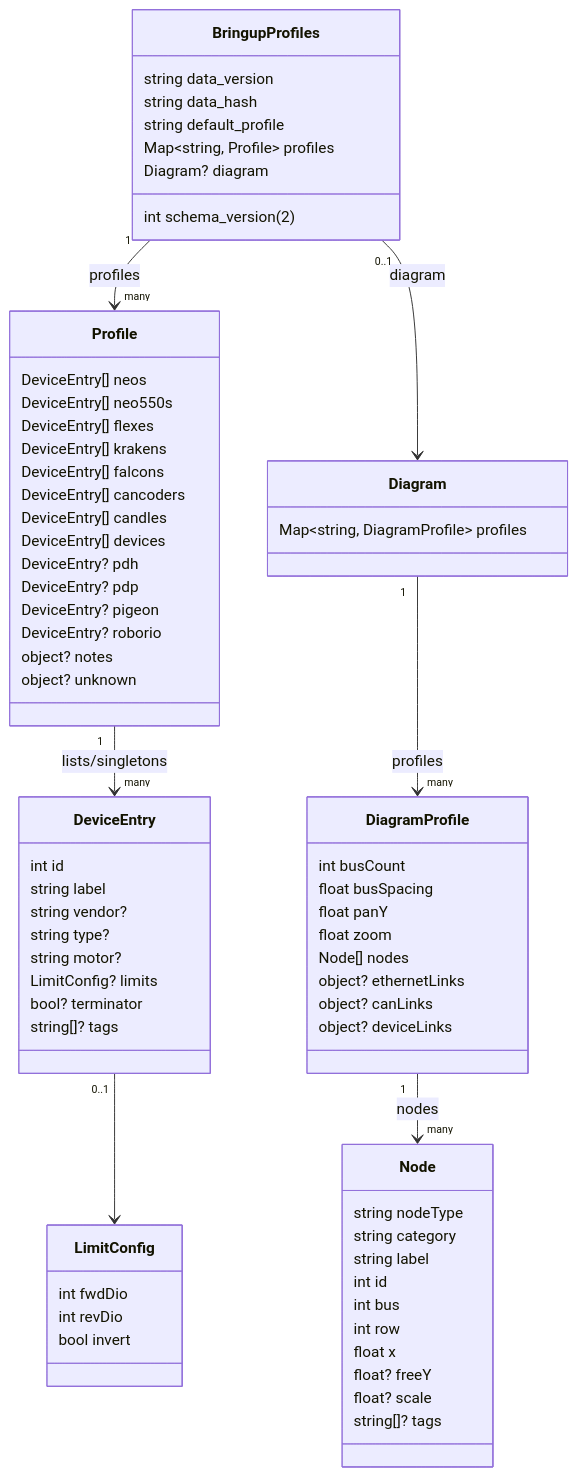
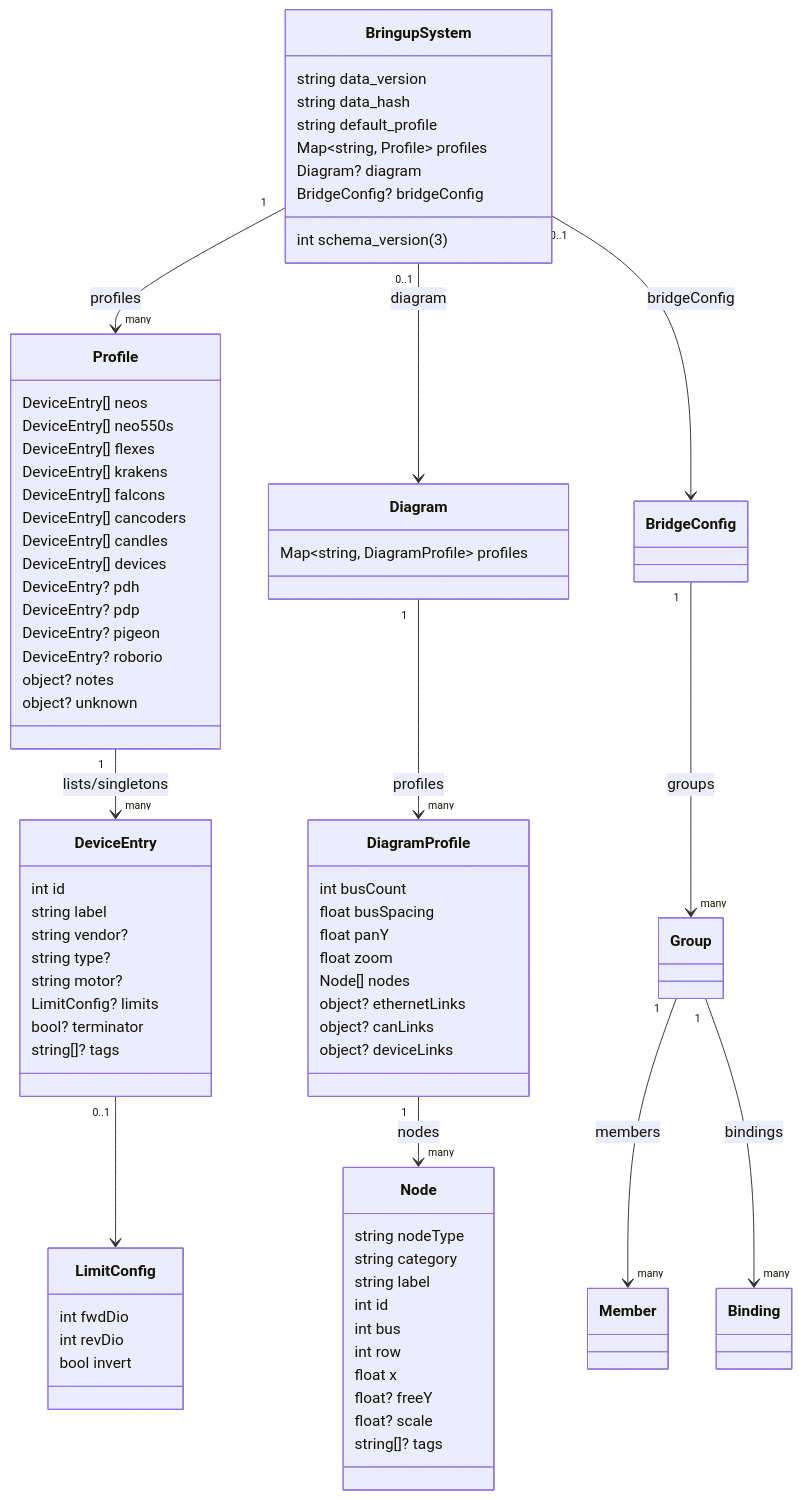
One commit to dmonachello/swerveBringupMotorTest1 changed the diagram in docs/bringup_profiles_schema.md. Above: the diagram before and after it, drawn with Mermaid. The commit also changed other lines of this file and 41 other files, not shown here.

````diff
--- a/docs/bringup_profiles_schema.md
+++ b/docs/bringup_profiles_schema.md
@@ -5,12 +5,13 @@
 ```mermaid
 classDiagram
-    class BringupProfiles {
-        int schema_version (2)
+    class BringupSystem {
+        int schema_version (3)
         string data_version
         string data_hash
         string default_profile
         Map~string, Profile~ profiles
         Diagram? diagram
+        BridgeConfig? bridgeConfig
     }
 
     class Profile {
@@ -75,10 +76,14 @@
         string[]? tags
     }
 
-    BringupProfiles "1" --> "many" Profile : profiles
+    BringupSystem "1" --> "many" Profile : profiles
     Profile "1" --> "many" DeviceEntry : lists/singletons
     DeviceEntry "0..1" --> LimitConfig
-    BringupProfiles "0..1" --> Diagram : diagram
+    BringupSystem "0..1" --> Diagram : diagram
     Diagram "1" --> "many" DiagramProfile : profiles
     DiagramProfile "1" --> "many" Node : nodes
+    BringupSystem "0..1" --> BridgeConfig : bridgeConfig
+    BridgeConfig "1" --> "many" Group : groups
+    Group "1" --> "many" Member : members
+    Group "1" --> "many" Binding : bindings
 ```
````
